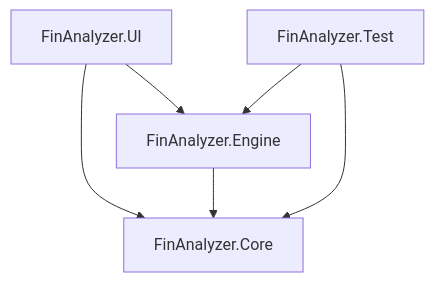
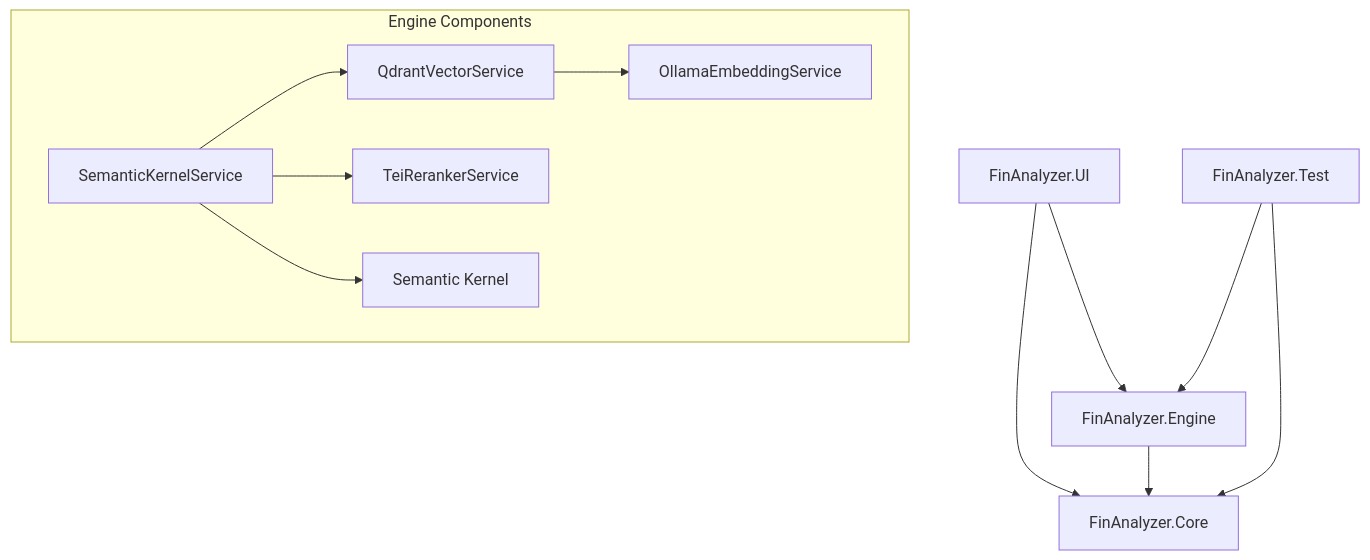
The diagram in docs/ARCHITECTURE.md (jiahao26/FinAnalyzer-Enterprise), drawn with Mermaid before and after one commit. The commit also changed 14 other files, not shown here.

````diff
--- a/docs/ARCHITECTURE.md
+++ b/docs/ARCHITECTURE.md
@@ -7,8 +7,15 @@
 ```mermaid
 graph TD
     UI[FinAnalyzer.UI] --> Core[FinAnalyzer.Core]
     Engine[FinAnalyzer.Engine] --> Core
     UI --> Engine
     Test[FinAnalyzer.Test] --> Core
     Test --> Engine
+
+    subgraph Engine Components
+        SK[SemanticKernelService] --> Q[QdrantVectorService]
+        SK --> R[TeiRerankerService]
+        Q --> E[OllamaEmbeddingService]
+        SK --> LLM[Semantic Kernel]
+    end
 ```
````
